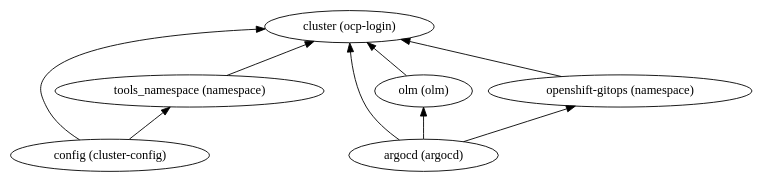
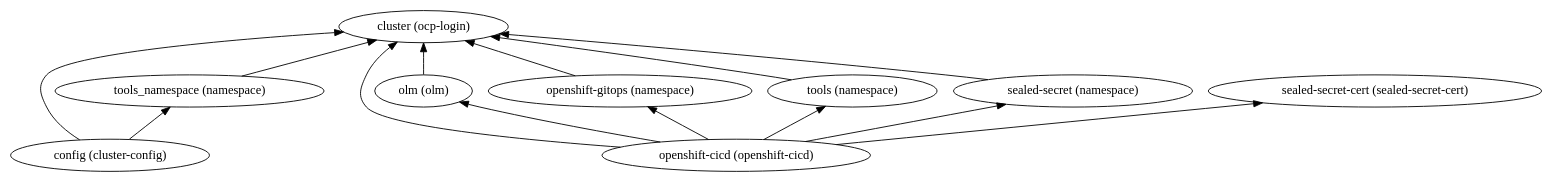
One commit to IBM/ibm-cloud-reference-architectures changed the diagram in 170-ibm-fs-openshift-gitops/dependencies.dot. Above: the diagram before and after it, drawn with Graphviz. The commit also changed 25 other files, not shown here.

```diff
--- a/170-ibm-fs-openshift-gitops/dependencies.dot
+++ b/170-ibm-fs-openshift-gitops/dependencies.dot
@@ -1,17 +1,25 @@
 digraph {
     rankdir="BT"
     "cluster (ocp-login)"
 "tools_namespace (namespace)" -> "cluster (ocp-login)"
 "tools_namespace (namespace)"
-"argocd (argocd)" -> "cluster (ocp-login)"
-"argocd (argocd)" -> "olm (olm)"
-"argocd (argocd)" -> "openshift-gitops (namespace)"
-"argocd (argocd)"
+"config (cluster-config)" -> "cluster (ocp-login)"
+"config (cluster-config)" -> "tools_namespace (namespace)"
+"config (cluster-config)"
+"openshift-cicd (openshift-cicd)" -> "cluster (ocp-login)"
+"openshift-cicd (openshift-cicd)" -> "olm (olm)"
+"openshift-cicd (openshift-cicd)" -> "openshift-gitops (namespace)"
+"openshift-cicd (openshift-cicd)" -> "tools (namespace)"
+"openshift-cicd (openshift-cicd)" -> "sealed-secret (namespace)"
+"openshift-cicd (openshift-cicd)" -> "sealed-secret-cert (sealed-secret-cert)"
+"openshift-cicd (openshift-cicd)"
 "olm (olm)" -> "cluster (ocp-login)"
 "olm (olm)"
 "openshift-gitops (namespace)" -> "cluster (ocp-login)"
 "openshift-gitops (namespace)"
-"config (cluster-config)" -> "cluster (ocp-login)"
-"config (cluster-config)" -> "tools_namespace (namespace)"
-"config (cluster-config)"
+"tools (namespace)" -> "cluster (ocp-login)"
+"tools (namespace)"
+"sealed-secret (namespace)" -> "cluster (ocp-login)"
+"sealed-secret (namespace)"
+"sealed-secret-cert (sealed-secret-cert)"
   }
```
